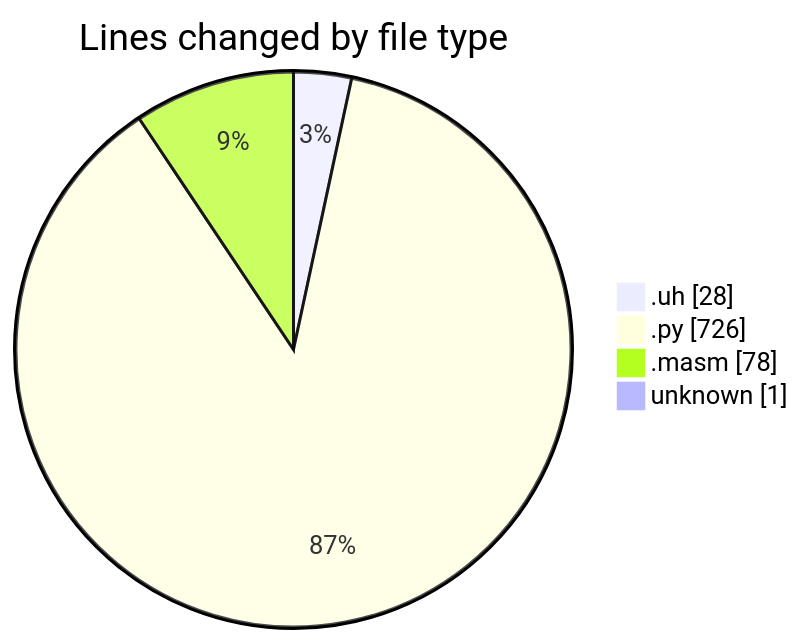
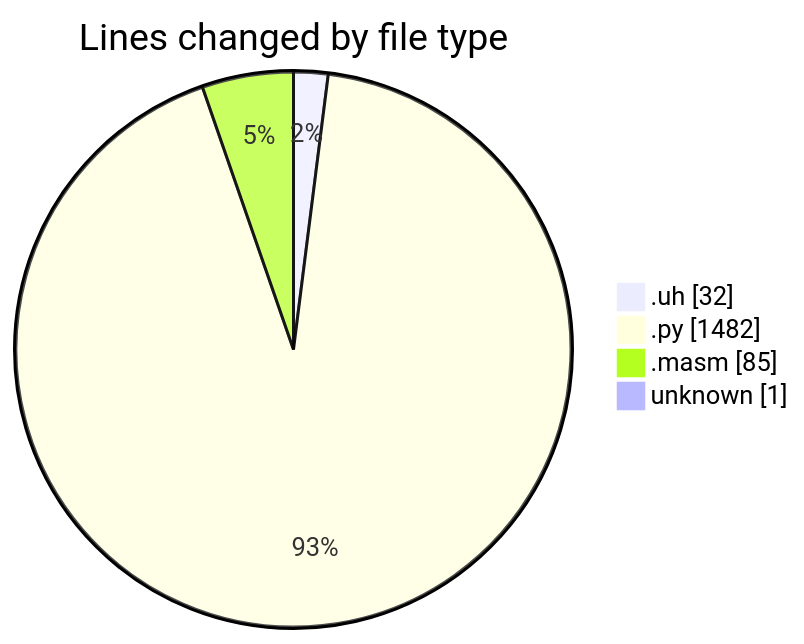
One commit to charlie-sans/code-tracking changed the first of 2 diagrams in 2025-04-29/uhigh-lang/README.md. Above: the diagram before and after it, drawn with Mermaid. The commit also changed other lines of this file and 1 other file, not shown here.

````diff
--- a/2025-04-29/uhigh-lang/README.md
+++ b/2025-04-29/uhigh-lang/README.md
@@ -25,8 +26,8 @@
 ```mermaid
 pie showData
 title Lines changed by file type
-".uh" : 28
-".py" : 726
-".masm" : 78
+".uh" : 32
+".py" : 1482
+".masm" : 85
 "unknown" : 1
 ```
````
